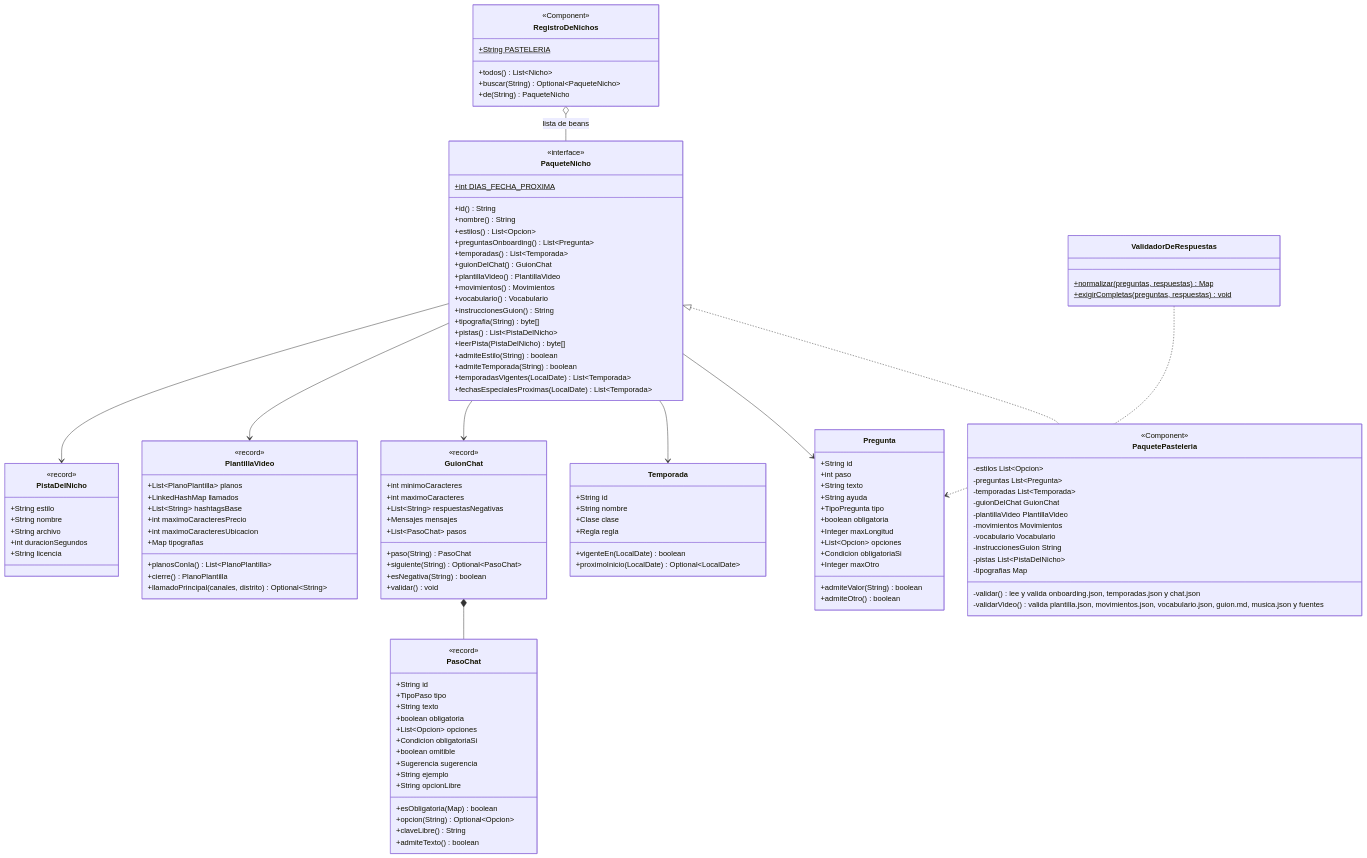
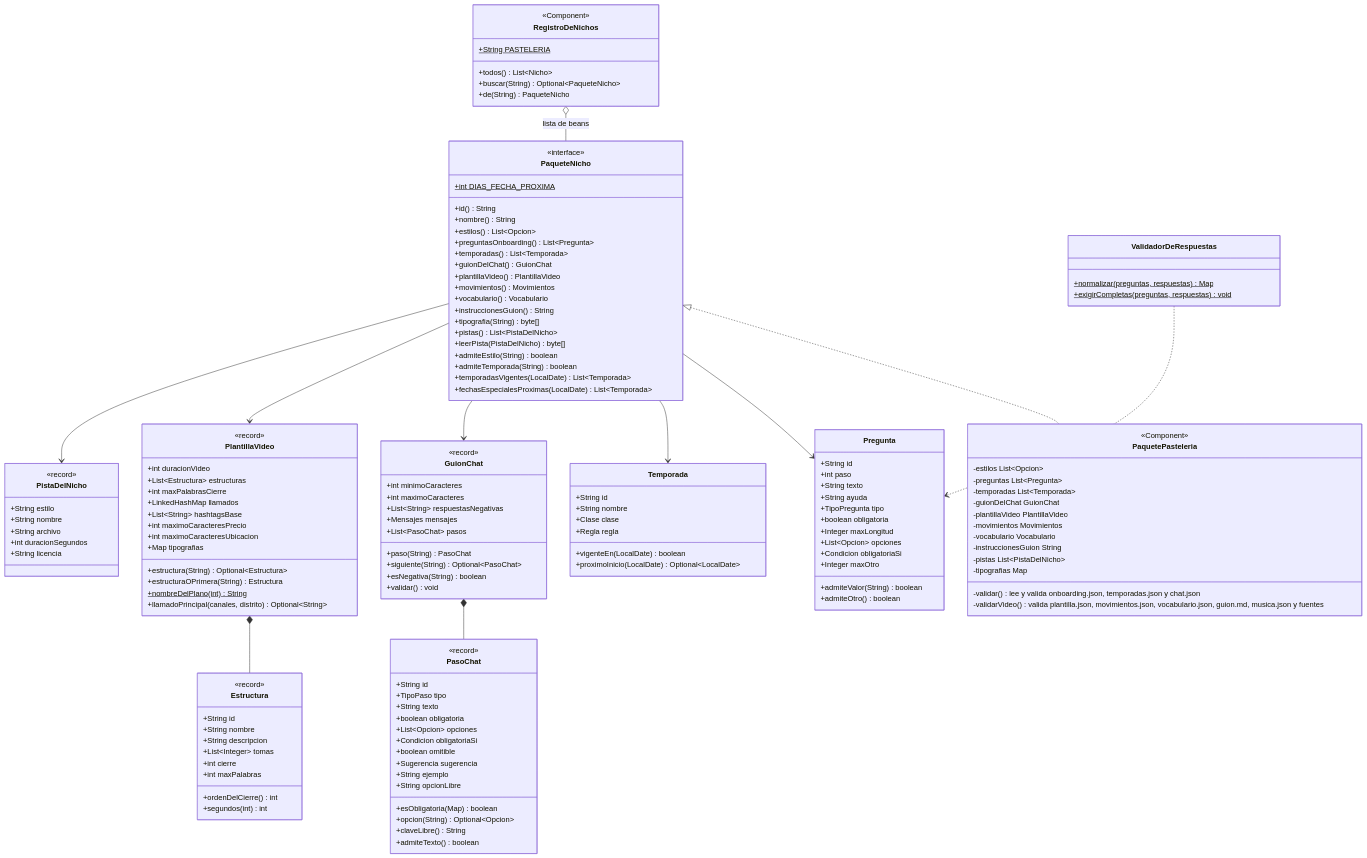
The fourth of 27 diagrams in docs/arquitectura.md (fabio2152/autoreel), drawn with Mermaid before and after one commit. The commit also changed other lines of this file and 61 other files, not shown here.

First line of the commit message:
feat: guion flexible con fotos libres, estructuras y creatividad elegidas por la IA

```diff
--- a/docs/arquitectura.md
+++ b/docs/arquitectura.md
@@ -352,16 +364,31 @@
     }
     class PlantillaVideo {
         <<record>>
-        +List~PlanoPlantilla~ planos
+        +int duracionVideo
+        +List~Estructura~ estructuras
+        +int maxPalabrasCierre
         +LinkedHashMap llamados
         +List~String~ hashtagsBase
         +int maximoCaracteresPrecio
         +int maximoCaracteresUbicacion
         +Map tipografias
-        +planosConIa() List~PlanoPlantilla~
-        +cierre() PlanoPlantilla
+        +estructura(String) Optional~Estructura~
+        +estructuraOPrimera(String) Estructura
+        +nombreDelPlano(int)$ String
         +llamadoPrincipal(canales, distrito) Optional~String~
     }
+    class Estructura {
+        <<record>>
+        +String id
+        +String nombre
+        +String descripcion
+        +List~Integer~ tomas
+        +int cierre
+        +int maxPalabras
+        +ordenDelCierre() int
+        +segundos(int) int
+    }
+    PlantillaVideo *-- Estructura
     class GuionChat {
         <<record>>
         +int minimoCaracteres
```
